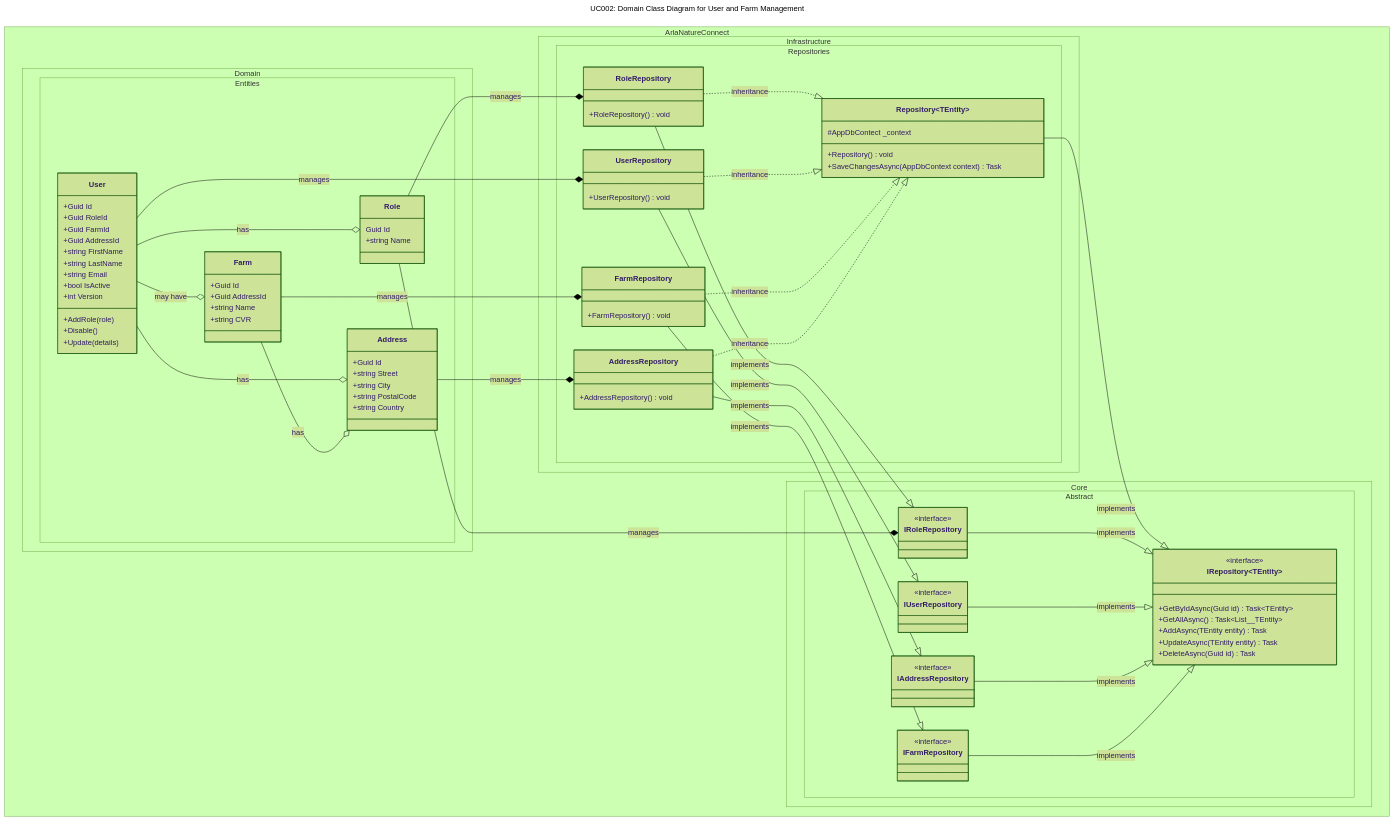
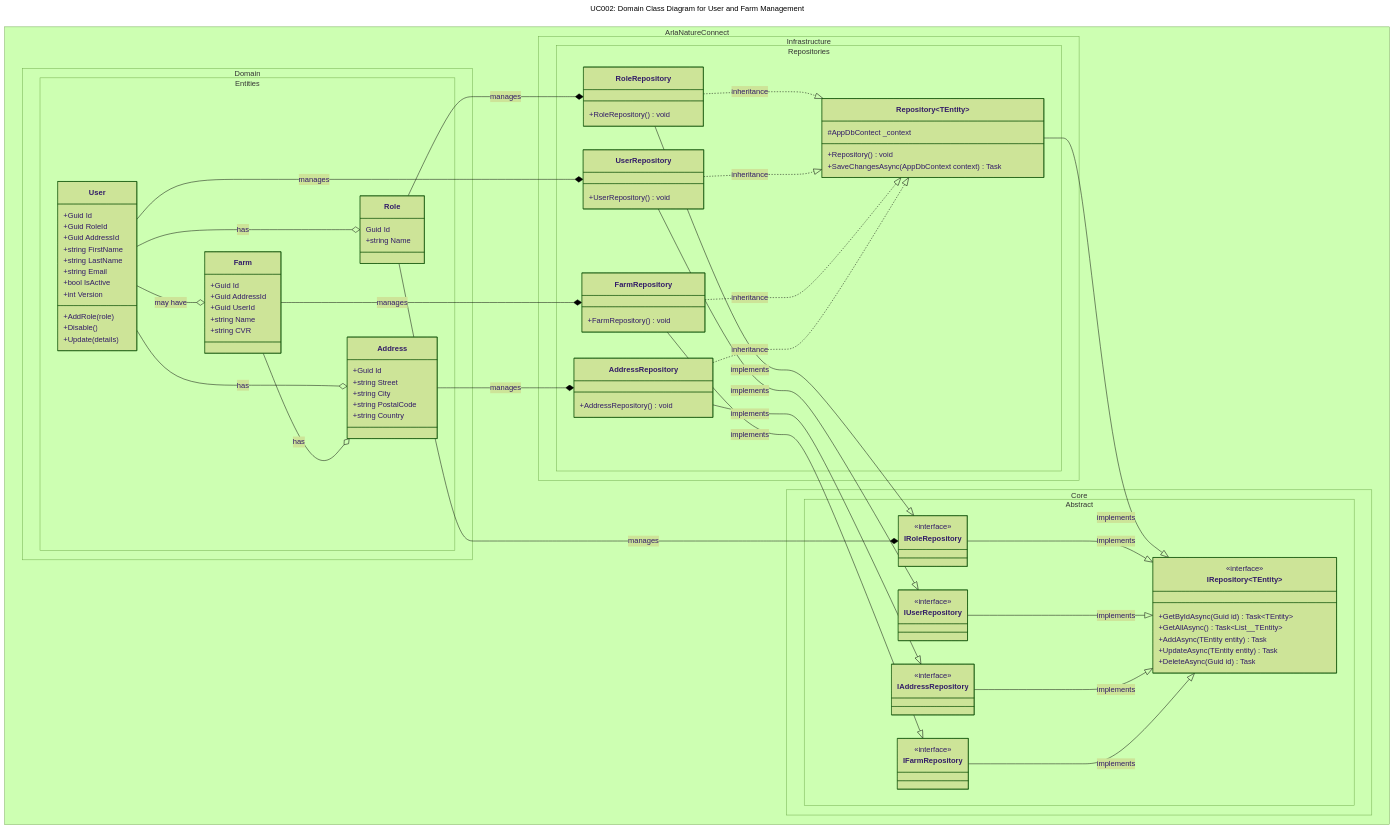
Before and after one commit to DMOoF25-TEAM11/ArlaNatureConnect: the diagram in docs/UseCase002-AdministrateFarmsAndUsers/UC002-DCD.mmd, drawn with Mermaid (forest theme). The commit also changed 3 other files, not shown here.

```diff
--- a/docs/UseCase002-AdministrateFarmsAndUsers/UC002-DCD.mmd
+++ b/docs/UseCase002-AdministrateFarmsAndUsers/UC002-DCD.mmd
@@ -1,128 +1,128 @@
 ---
 title: "UC002: Domain Class Diagram for User and Farm Management"
 crossreferencer: UC002-DomainModel.mmd, UC002-SSD.mmd
 ---
 classDiagram
     direction TB
 
     namespace ArlaNatureConnect.Domain.Entities {
         class User {
             +Guid Id
             +Guid RoleId
-            +Guid FarmId
             +Guid AddressId
             +string FirstName
             +string LastName
             +string Email
             +bool IsActive
             +int Version
             +AddRole(role)
             +Disable()
             +Update(details)
         }
 
         class Role {
             Guid Id
             +string Name
         }
 
         class Farm {
             +Guid Id
             +Guid AddressId
+            +Guid UserId
             +string Name
             +string CVR
         }
 
         class Address {
             +Guid Id
             +string Street
             +string City
             +string PostalCode
             +string Country
         }
     }
 
     namespace ArlaNatureConnect.Core.Abstract {
         %% Repositories
 
         class IRepository~TEntity~ {
             <<interface>>
             +GetByIdAsync(Guid id) Task~TEntity~
             +GetAllAsync() Task~List__TEntity~
             +AddAsync(TEntity entity) Task
             +UpdateAsync(TEntity entity) Task
             +DeleteAsync(Guid id) Task
         }
 
         class IRoleRepository {
             <<interface>>
         }
 
         class IUserRepository {
             <<interface>>
         }
 
         class IAddressRepository {
             <<interface>>
         }
 
         class IFarmRepository {
             <<interface>>
         }
     }
 
     namespace ArlaNatureConnect.Infrastructure.Repositories {
         class Repository~TEntity~ {
             #AppDbContect _context
             +Repository() void
             +SaveChangesAsync(AppDbContext context) Task
         }
 
         class RoleRepository {
             +RoleRepository() void
         }
 
         class UserRepository {
             +UserRepository() void
         }
 
         class AddressRepository {
             +AddressRepository() void
         }
 
         class FarmRepository {
             +FarmRepository() void
         }
     }
 
     %% Associations
     Role --* RoleRepository : manages
     User --* UserRepository : manages
     Farm --* FarmRepository : manages
     Address --* AddressRepository : manages
     Role --* IRoleRepository : manages
 
     %% Composition
     User --o Role : has
     User --o Address : has
     User --o Farm : may have
     Farm --o Address : has
 
     %% Inheritance and Implementation
     Repository --|> IRepository : implements
     RoleRepository --|> IRoleRepository : implements
     UserRepository --|> IUserRepository : implements
     AddressRepository --|> IAddressRepository : implements
     FarmRepository --|> IFarmRepository : implements
 
     IRoleRepository --|> IRepository : implements
     IUserRepository --|> IRepository : implements
     IAddressRepository --|> IRepository : implements
     IFarmRepository --|> IRepository : implements
 
     RoleRepository ..|> Repository : inheritance
     UserRepository ..|> Repository : inheritance
     FarmRepository ..|> Repository : inheritance
     AddressRepository ..|> Repository  : inheritance
 
     %% note right of ArlaNatureConnect.Core.IUserService: Service enforces authorization, validation and mapping
```
